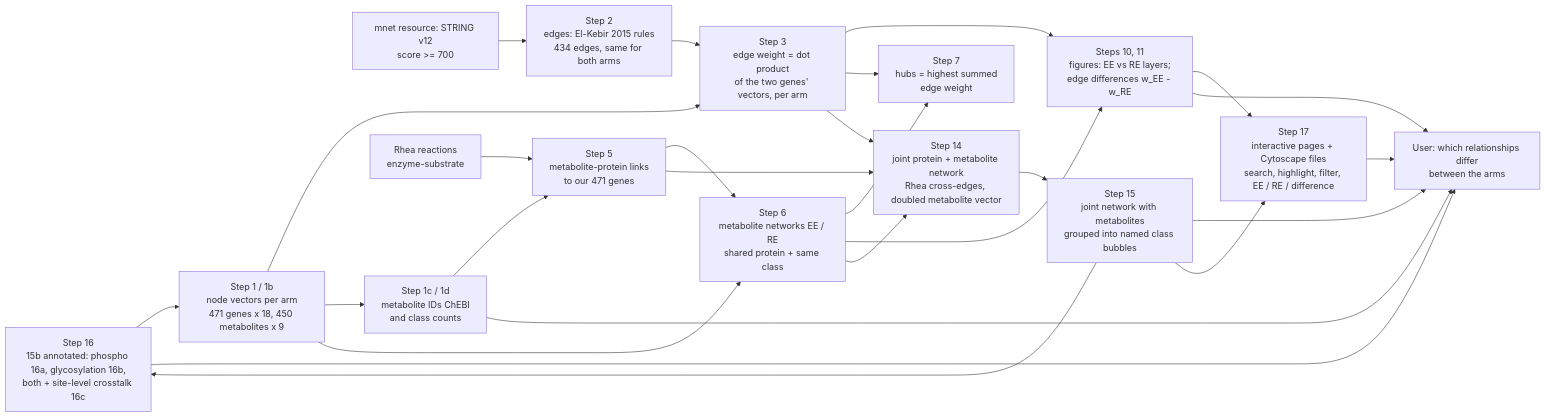
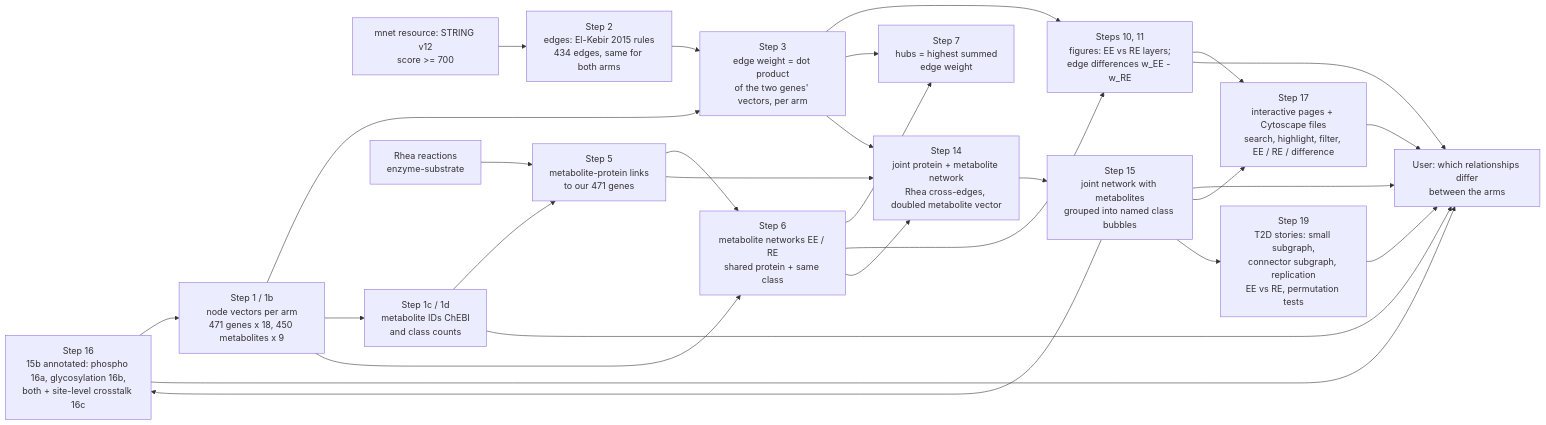
Before and after one commit to Stanford-Bioinformatics-Center/multiomics-hackathon-2026-track-1: the diagram in network/README.md, drawn with Mermaid. The commit also changed other lines of this file and 3 other files, not shown here.

Commit message:
Step 19: three T2D stories comparing endurance vs resistance (small subgraph, connector subgraph, Chae replication) with permutation tests; figures 19a-c; muscle-matched T2D sets only

````diff
--- a/network/README.md
+++ b/network/README.md
@@ -43,28 +43,30 @@
 ```mermaid
 flowchart LR
   A[MoTrPAC results<br/>RNA, protein, metabolites<br/>adipose, blood, muscle] --> B[Step 1 / 1b<br/>node vectors per arm<br/>471 genes x 18, 450 metabolites x 9]
   S[mnet resource: STRING v12<br/>score >= 700] --> C[Step 2<br/>edges: El-Kebir 2015 rules<br/>434 edges, same for both arms]
   B --> D[Step 3<br/>edge weight = dot product<br/>of the two genes' vectors, per arm]
   C --> D
   B --> F[Step 1c / 1d<br/>metabolite IDs ChEBI<br/>and class counts]
   D --> P[Steps 10, 11<br/>figures: EE vs RE layers;<br/>edge differences w_EE - w_RE]
   R[Rhea reactions<br/>enzyme-substrate] --> G[Step 5<br/>metabolite-protein links<br/>to our 471 genes]
   F --> G
   G --> H[Step 6<br/>metabolite networks EE / RE<br/>shared protein + same class]
   B --> H
   D --> K[Step 7<br/>hubs = highest summed<br/>edge weight]
   H --> K
   H --> P
   D --> J[Step 14<br/>joint protein + metabolite network<br/>Rhea cross-edges, doubled metabolite vector]
   H --> J
   G --> J
   J --> Q[Step 15<br/>joint network with metabolites<br/>grouped into named class bubbles]
   Q --> U
   Q --> A[Step 16<br/>15b annotated: phospho 16a, glycosylation 16b,<br/>both + site-level crosstalk 16c]
   A --> U
   Q --> I[Step 17<br/>interactive pages + Cytoscape files<br/>search, highlight, filter, EE / RE / difference]
   P --> I
   I --> U
+  Q --> T[Step 19<br/>T2D stories: small subgraph,<br/>connector subgraph, replication<br/>EE vs RE, permutation tests]
+  T --> U
   P --> U[User: which relationships differ<br/>between the arms]
   F --> U
 ```
````
